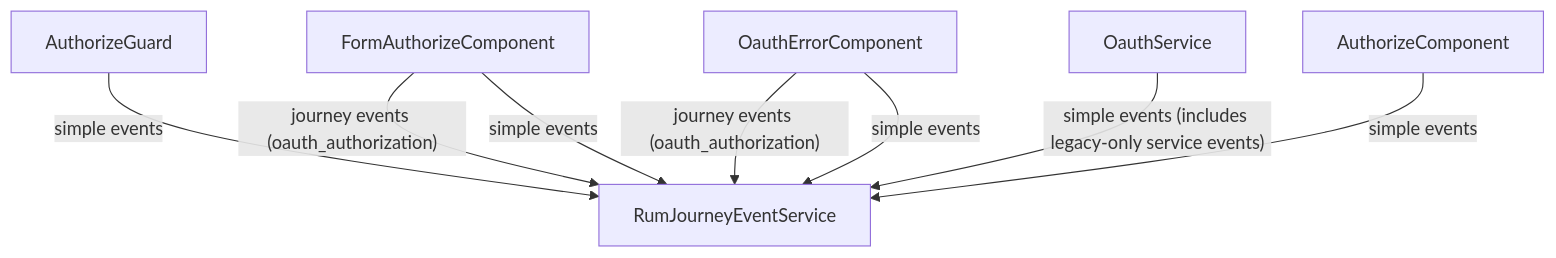
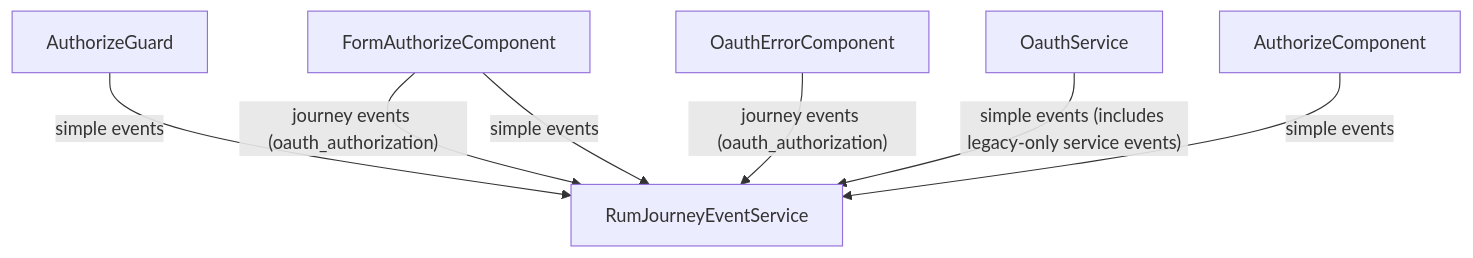
Before and after one commit to ORCID/orcid-angular: the diagram in src/app/rum/oauth-observability.md, drawn with Mermaid. The commit also changed other lines of this file and 2 other files, not shown here.

````diff
--- a/src/app/rum/oauth-observability.md
+++ b/src/app/rum/oauth-observability.md
@@ -37,10 +37,9 @@
 ```mermaid
 flowchart TD
   AuthorizeGuard["AuthorizeGuard"] -->|"simple events"| RumService["RumJourneyEventService"]
   FormAuthorize["FormAuthorizeComponent"] -->|"journey events (oauth_authorization)"| RumService
   FormAuthorize -->|"simple events"| RumService
   OauthErrorComponent["OauthErrorComponent"] -->|"journey events (oauth_authorization)"| RumService
-  OauthErrorComponent -->|"simple events"| RumService
   OauthService["OauthService"] -->|"simple events (includes legacy-only service events)"| RumService
   AuthorizeComponent["AuthorizeComponent"] -->|"simple events"| RumService
 ```
````
